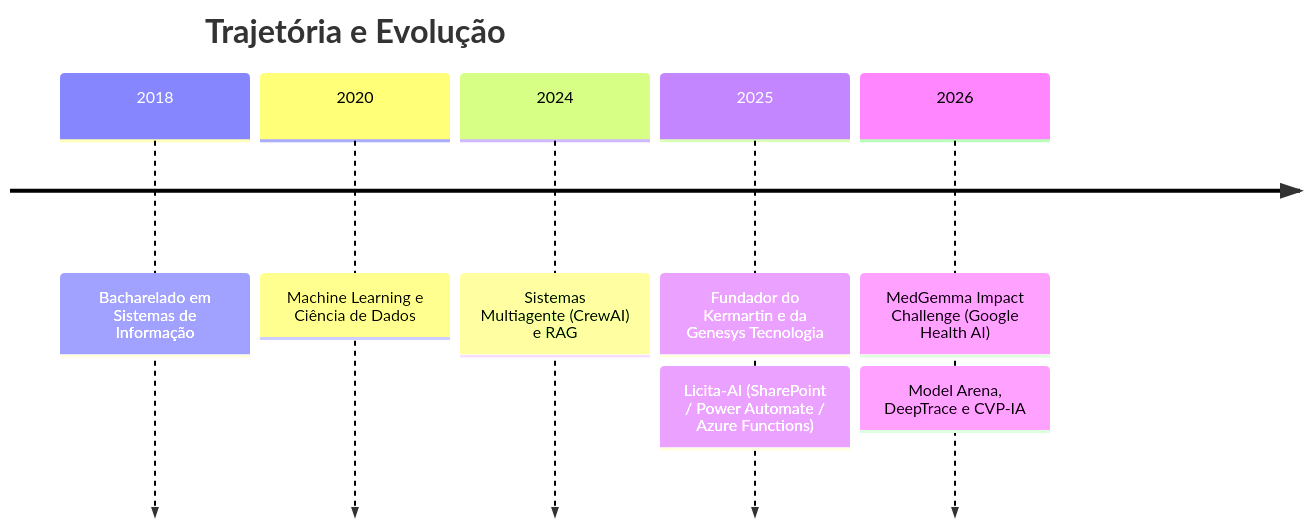
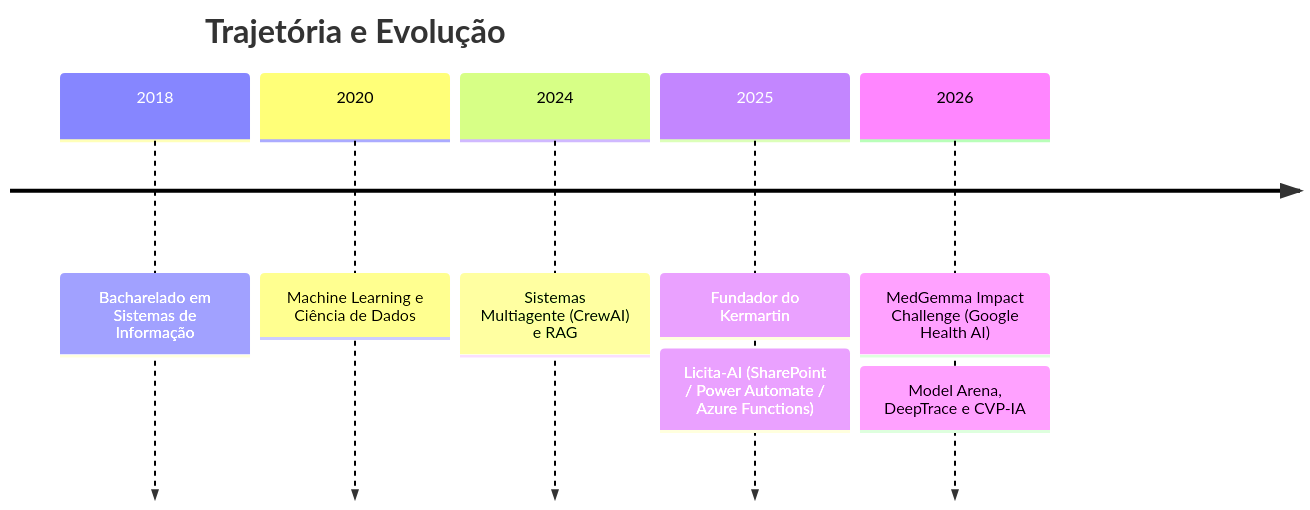
The second of 2 diagrams in README.md (cleniooliveiramoura/cleniooliveiramoura), drawn with Mermaid before and after one commit. The commit also changed other lines of this file, not shown here.

Commit message:
Remove Genesys; Kermartin e Liturgia apontam para os sites

````diff
--- a/README.md
+++ b/README.md
@@ -225,11 +223,11 @@
 ```mermaid
 timeline
     title Trajetória e Evolução
     2018 : Bacharelado em Sistemas de Informação
     2020 : Machine Learning e Ciência de Dados
     2024 : Sistemas Multiagente (CrewAI) e RAG
-    2025 : Fundador do Kermartin e da Genesys Tecnologia
+    2025 : Fundador do Kermartin
          : Licita-AI (SharePoint / Power Automate / Azure Functions)
     2026 : MedGemma Impact Challenge (Google Health AI)
          : Model Arena, DeepTrace e CVP-IA
 ```
````
